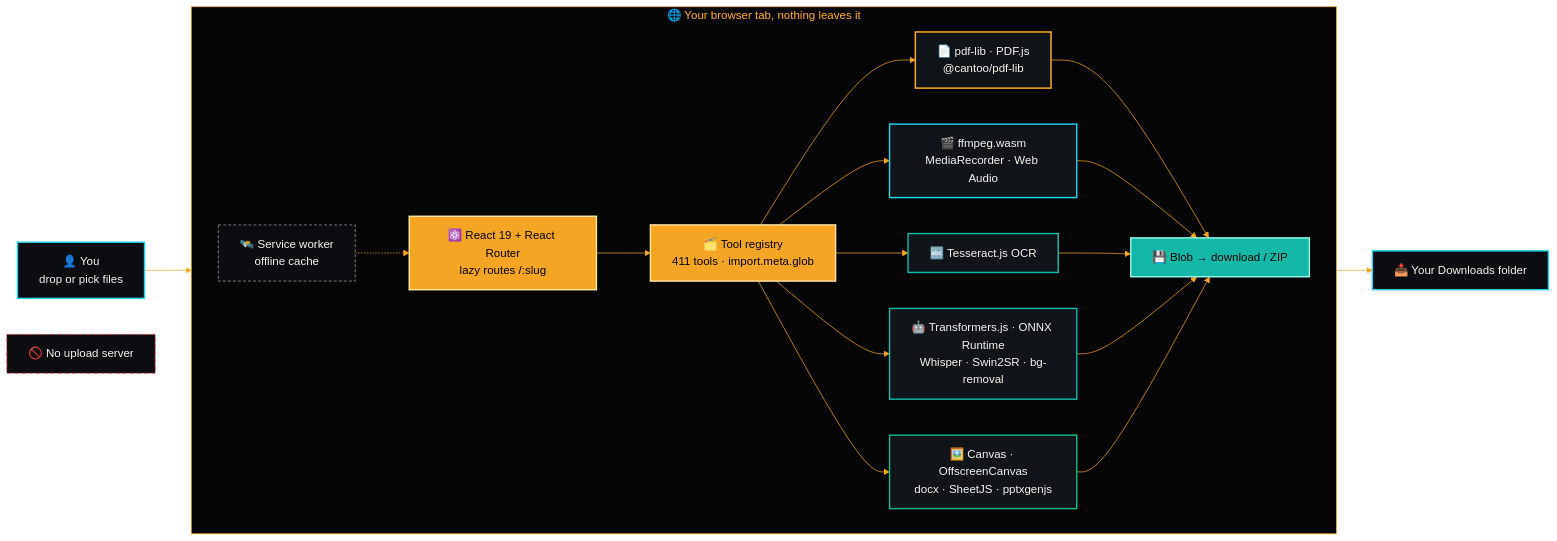
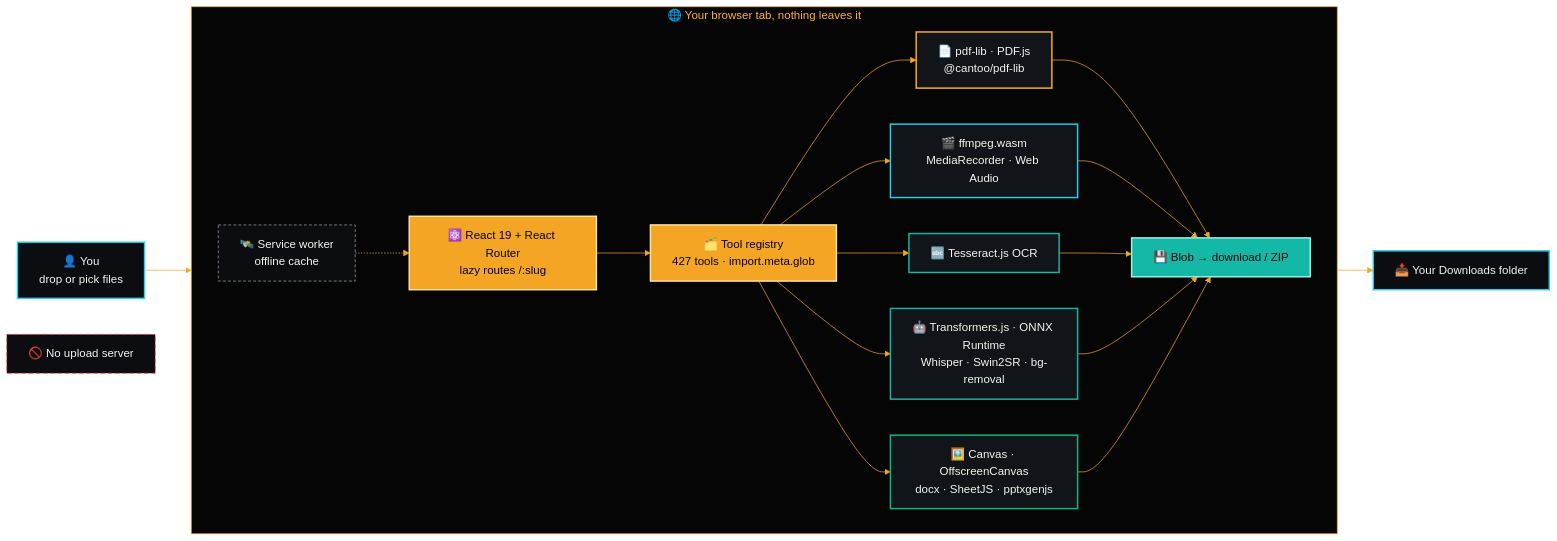
The fourth of 8 diagrams in README.md (aniruddhaadak80/OpenFile), drawn with Mermaid before and after one commit. The commit also changed other lines of this file and 136 other files, not shown here.

````diff
--- a/README.md
+++ b/README.md
@@ -1223,31 +1285,31 @@
 ```mermaid
 %%{init: {'theme':'base','themeVariables':{'fontFamily':'system-ui, sans-serif','lineColor':'#F5A524','primaryTextColor':'#F5F3EE','clusterBkg':'#050505','clusterBorder':'#F5A524','titleColor':'#FFB224'}}}%%
 flowchart LR
     U["👤 You<br/>drop or pick files"]:::user --> BR
     subgraph BR["🌐 Your browser tab, nothing leaves it"]
         direction LR
-        RR["⚛️ React 19 + React Router<br/>lazy routes /:slug"]:::ui --> REG["🗂️ Tool registry<br/>411 tools · import.meta.glob"]:::ui
+        RR["⚛️ React 19 + React Router<br/>lazy routes /:slug"]:::ui --> REG["🗂️ Tool registry<br/>427 tools · import.meta.glob"]:::ui
         REG --> E1["📄 pdf-lib · PDF.js<br/>@cantoo/pdf-lib"]:::pdf
         REG --> E2["🎬 ffmpeg.wasm<br/>MediaRecorder · Web Audio"]:::media
         REG --> E3["🔤 Tesseract.js OCR"]:::ai
         REG --> E4["🤖 Transformers.js · ONNX Runtime<br/>Whisper · Swin2SR · bg-removal"]:::ai
         REG --> E5["🖼️ Canvas · OffscreenCanvas<br/>docx · SheetJS · pptxgenjs"]:::img
         E1 --> OUT["💾 Blob → download / ZIP"]:::out
         E2 --> OUT
         E3 --> OUT
         E4 --> OUT
         E5 --> OUT
         SW["🛰️ Service worker<br/>offline cache"]:::sw -.-> RR
     end
     OUT --> D["📥 Your Downloads folder"]:::user
     NS["🚫 No upload server"]:::none
     classDef user fill:#0B0D10,stroke:#22D3EE,color:#F5F3EE,stroke-width:2px
     classDef ui fill:#F5A524,stroke:#FFE3A3,color:#050505,stroke-width:2px
     classDef pdf fill:#111418,stroke:#FFB224,color:#F5F3EE,stroke-width:2px
     classDef media fill:#111418,stroke:#22D3EE,color:#F5F3EE,stroke-width:2px
     classDef ai fill:#111418,stroke:#14B8A6,color:#F5F3EE,stroke-width:2px
     classDef img fill:#111418,stroke:#10B981,color:#F5F3EE,stroke-width:2px
     classDef out fill:#14B8A6,stroke:#99F6E4,color:#050505,stroke-width:2px
     classDef sw fill:#0B0D10,stroke:#A8A29E,color:#F5F3EE,stroke-dasharray:4 3
     classDef none fill:#0B0D10,stroke:#EF4444,color:#F5F3EE,stroke-dasharray:6 4
 ```
````
